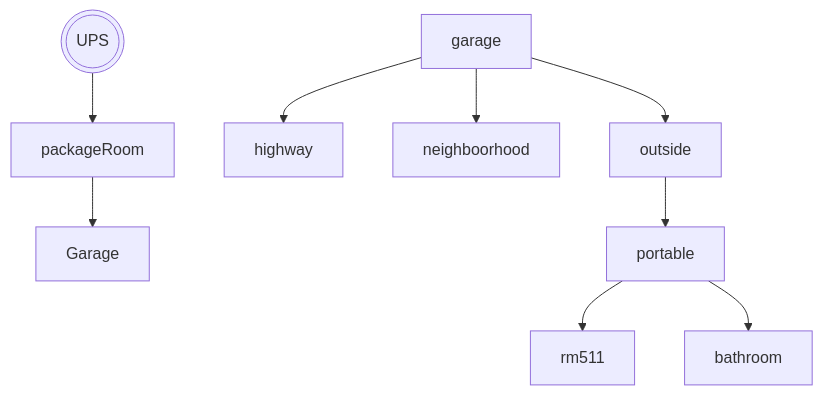
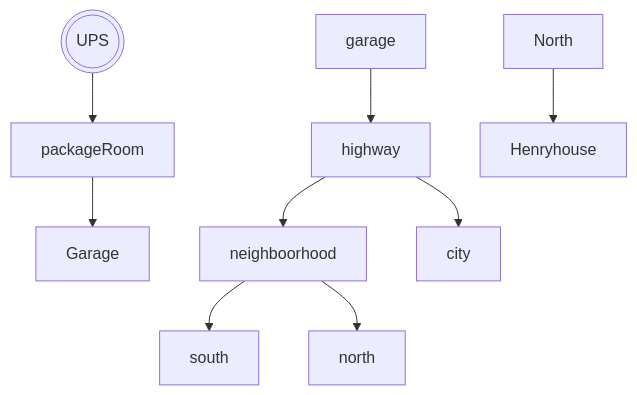
The diagram in projects/game/README.md (CarlosLord91/CarlosLord91.github.io), drawn with Mermaid before and after one commit. The commit also changed 9 other files, not shown here.

````diff
--- a/projects/game/README.md
+++ b/projects/game/README.md
@@ -10,11 +10,11 @@
 ```mermaid
 graph TD;
     UPS(((UPS)))-->packageRoom;
     packageRoom-->Garage;
     garage-->highway;
-    garage-->neighboorhood;
-    garage-->outside;
-    outside-->portable;
-    portable-->rm511;
-    portable-->bathroom;
+    highway-->neighboorhood;
+    highway-->city;
+    neighboorhood-->south;
+    neighboorhood-->north;
+    North-->Henryhouse;
 ```
````
